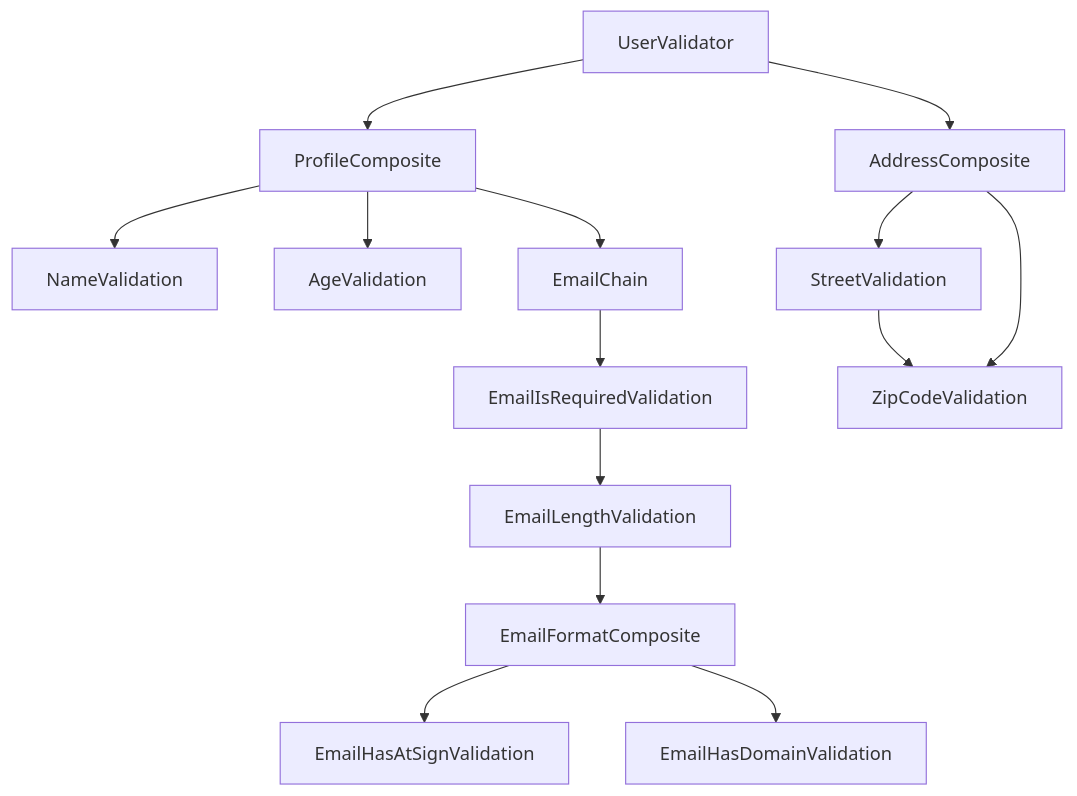
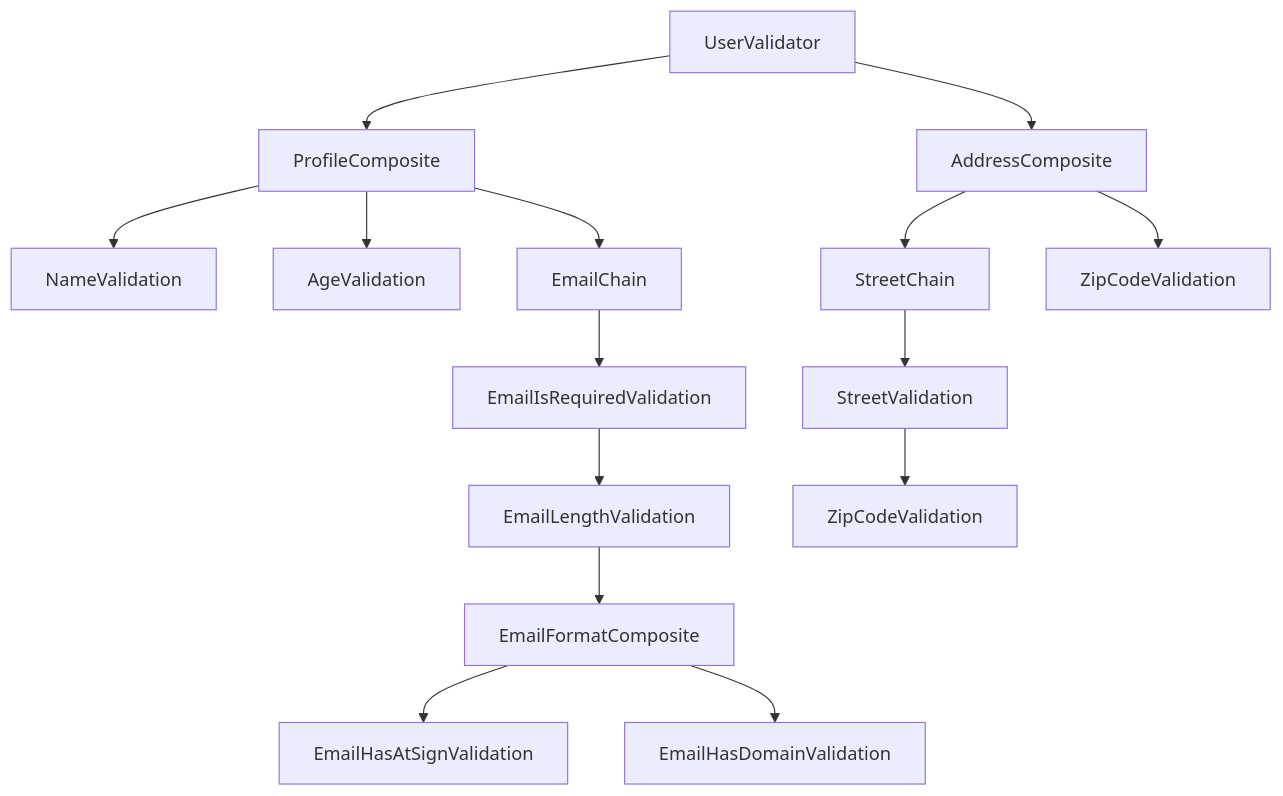
Before and after one commit to Jesinski/json-data-validator: the diagram in README.md, drawn with Mermaid. The commit also changed 2 other files, not shown here.

Commit message:
update mermaid chart to see the bug!

````diff
--- a/README.md
+++ b/README.md
@@ -1,25 +1,28 @@
 ```mermaid
 graph TD
 %% Main Validator
 UserValidator --> ProfileComposite
 UserValidator --> AddressComposite
 
 %% Profile Composite
 ProfileComposite --> NameValidation
 ProfileComposite --> AgeValidation
 ProfileComposite --> EmailChain
 
 %% Email Chain
 EmailChain --> EmailIsRequiredValidation
 EmailIsRequiredValidation --> EmailLengthValidation
 EmailLengthValidation --> EmailFormatComposite
 
 %% Email Format Composite
 EmailFormatComposite --> EmailHasAtSignValidation
 EmailFormatComposite --> EmailHasDomainValidation
 
 %% Address Composite
-AddressComposite --> StreetValidation
-StreetValidation --> ZipCodeValidation
-AddressComposite --> ZipCodeValidation
+AddressComposite --> StreetChain
+AddressComposite --> ZipCodeValidation[ZipCodeValidation]
+
+%% Street Chain
+StreetChain --> StreetValidation
+StreetValidation --> ZipCodeValidation2[ZipCodeValidation]
 ```
````
